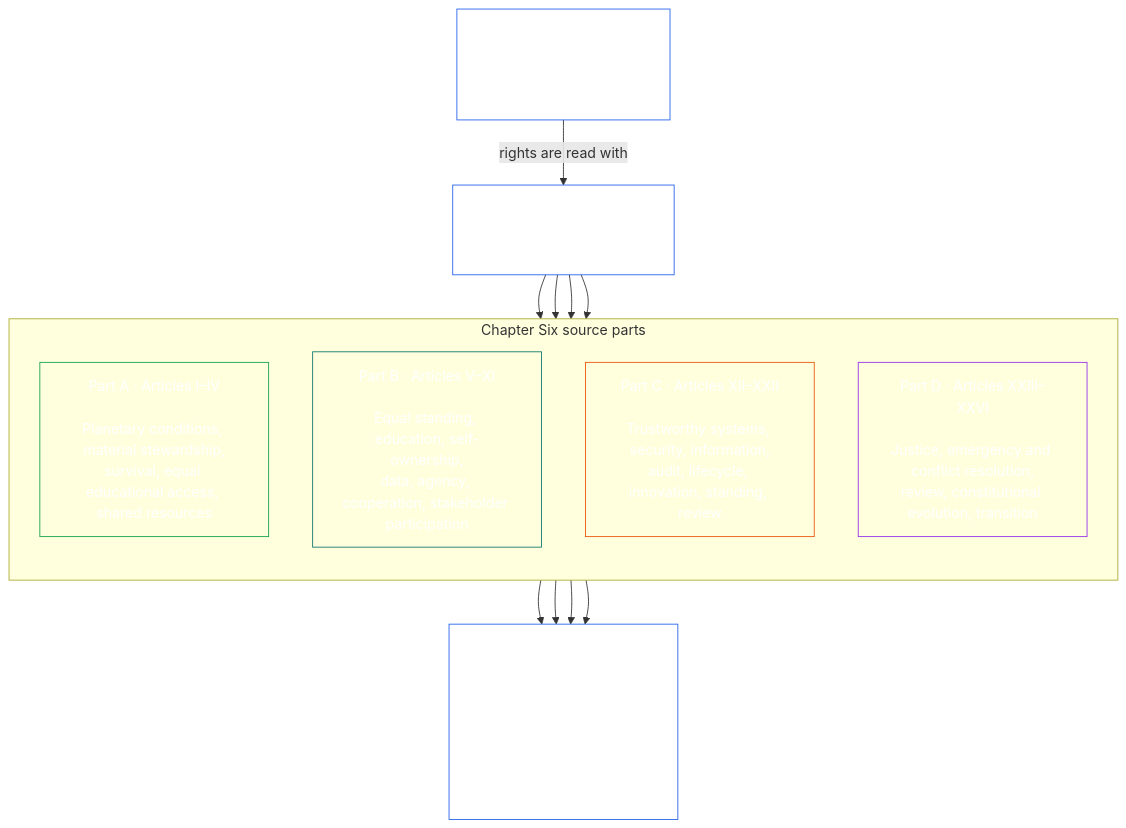
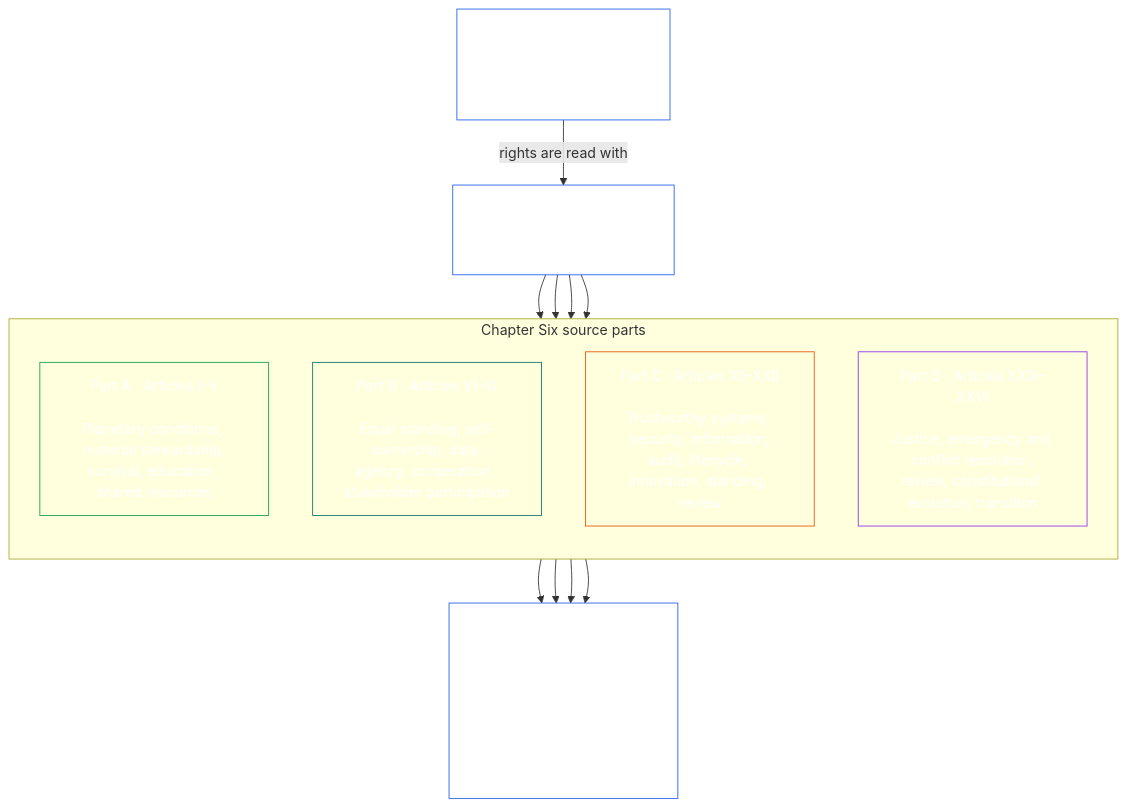
Before and after one commit to kfoelsch/Sentient_Constitution: the first of 2 diagrams in core_06_rights_part_a.md, drawn with Mermaid. The commit also changed other lines of this file and 163 other files, not shown here.

````diff
--- a/core_06_rights_part_a.md
+++ b/core_06_rights_part_a.md
@@ -87,29 +87,29 @@
 ```mermaid
 flowchart TB
     T["Constitutional Tetrad<br/><br/>Two Constitutional Aims<br/>Scaled to material stake"]
     R["Chapter Six<br/><br/>Foundational Rights Floor"]
     subgraph Parts["Chapter Six source parts"]
         direction TB
-        A["Part A · Articles I–IV<br/><br/>Planetary conditions, material stewardship,<br/>survival, equal educational access, shared resources"]
-        B["Part B · Articles V–XI<br/><br/>Equal standing, education, self-ownership,<br/>data, agency, cooperation, stakeholder participation"]
+        A["Part A · Articles I–V<br/><br/>Planetary conditions, material stewardship,<br/>survival, education, shared resources"]
+        B["Part B · Articles VI–XI<br/><br/>Equal standing, self-ownership, data,<br/>agency, cooperation, stakeholder participation"]
         C["Part C · Articles XII–XXII<br/><br/>Trustworthy systems, security, information,<br/>audit, lifecycle, innovation, standing, review"]
         D["Part D · Articles XXIII–XXVI<br/><br/>Justice, emergency and conflict resolution,<br/>review, constitutional evolution, transition"]
     end
     P["Later governance, measurement, certification,<br/><br/>forums, remedy, and implementation<br/>must respect the Rights Floor"]
     T -->|rights are read with| R
     R --> A
     R --> B
     R --> C
     R --> D
     A --> P
     B --> P
     C --> P
     D --> P
     style T fill:none,stroke:#2563eb,color:#ffffff
     style R fill:none,stroke:#2563eb,color:#ffffff
     style A fill:none,stroke:#16a34a,color:#ffffff
     style B fill:none,stroke:#0f766e,color:#ffffff
     style C fill:none,stroke:#ea580c,color:#ffffff
     style D fill:none,stroke:#9333ea,color:#ffffff
     style P fill:none,stroke:#2563eb,color:#ffffff
 ```
````
